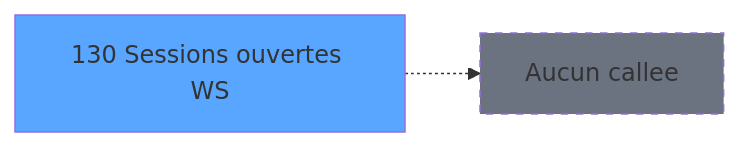
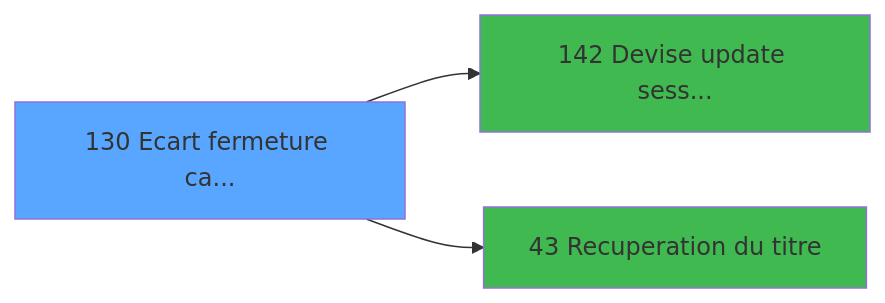
One commit to thonyAGP/lecteur-magic changed the fourth of 4 diagrams in .openspec/specs/ADH-IDE-130.md. Above: the diagram before and after it, drawn with Mermaid. The commit also changed other lines of this file and 33 other files, not shown here.

````diff
--- a/.openspec/specs/ADH-IDE-130.md
+++ b/.openspec/specs/ADH-IDE-130.md
@@ -163,8 +1760,11 @@
 ```mermaid
 graph LR
-    T130[130 Sessions ouvertes WS]
+    T130[130 Ecart fermeture ca...]
     style T130 fill:#58a6ff
-    NONE[Aucun callee]
-    T130 -.-> NONE
-    style NONE fill:#6b7280,stroke-dasharray: 5 5
+    C142[142 Devise update sess...]
+    T130 --> C142
+    style C142 fill:#3fb950
+    C43[43 Recuperation du titre]
+    T130 --> C43
+    style C43 fill:#3fb950
 ```
````
